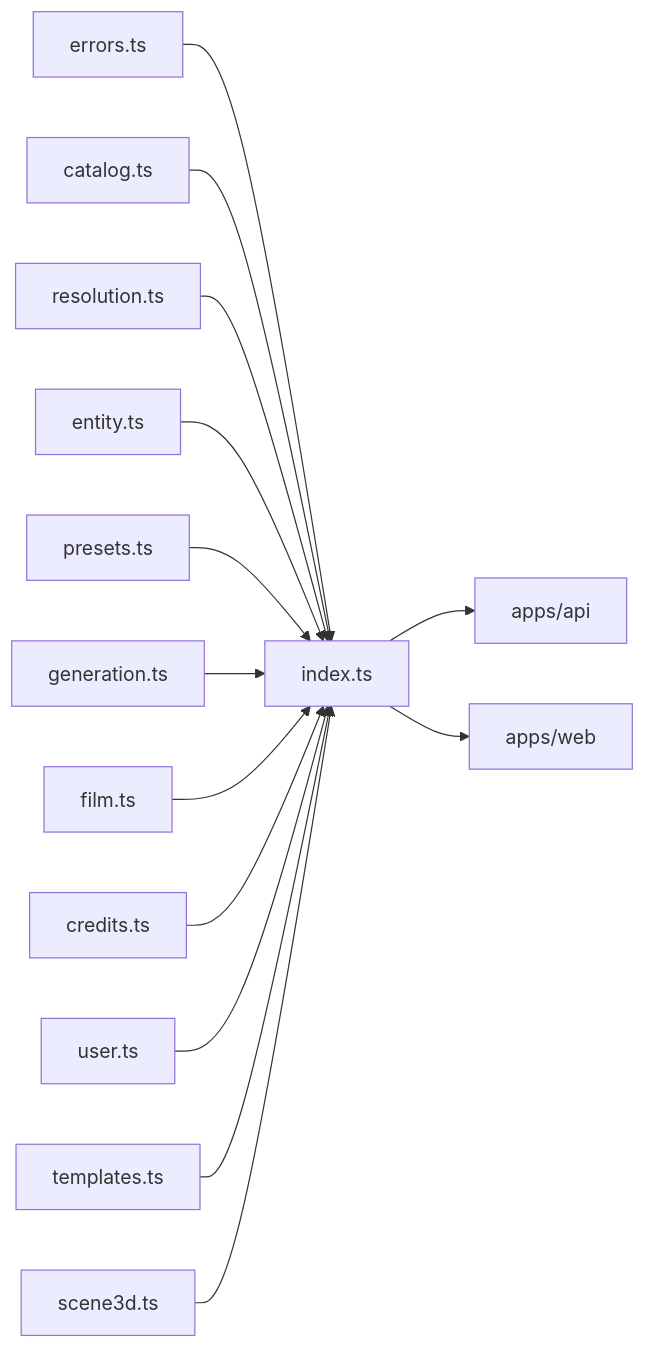
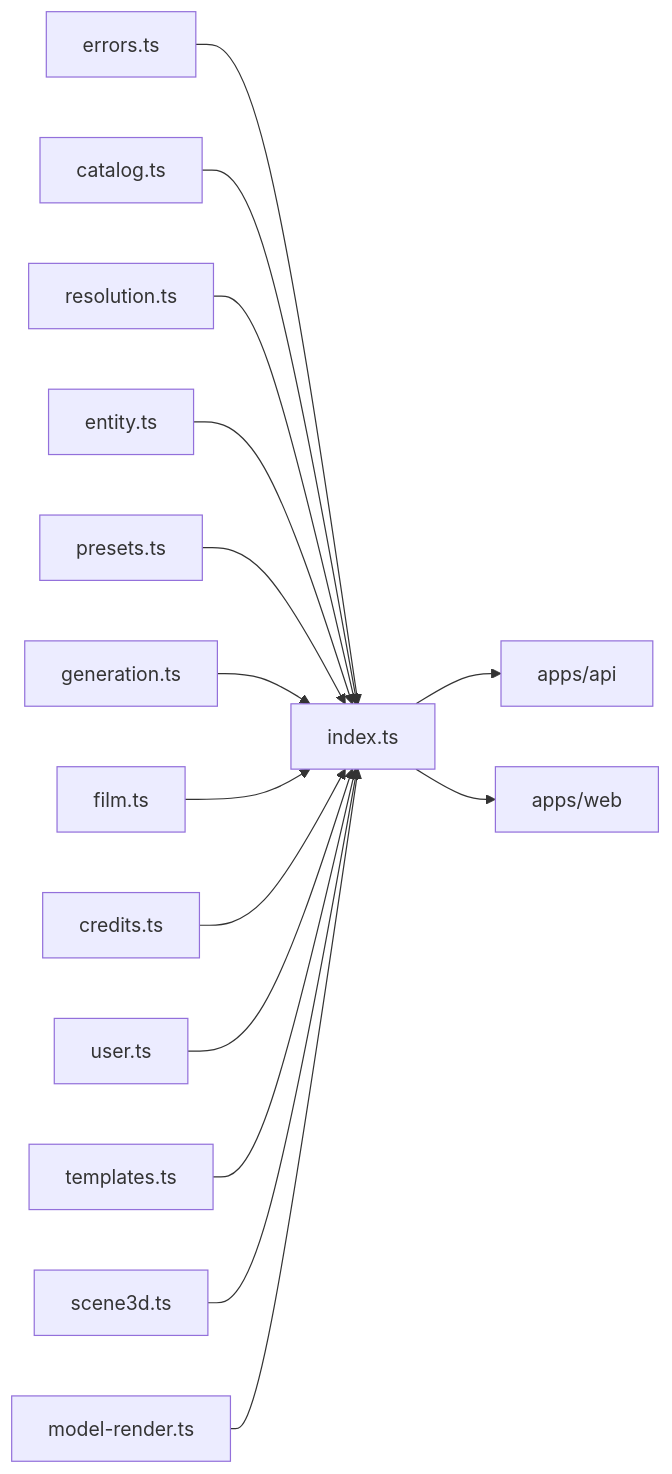
Before and after one commit to AzamatRaimbekov2/openCreate: the diagram in packages/contracts/src/index.ts.md, drawn with Mermaid. The commit also changed other lines of this file and 4 other files, not shown here.

Commit message:
feat(contracts): model render + share wire types

````diff
--- a/packages/contracts/src/index.ts.md
+++ b/packages/contracts/src/index.ts.md
@@ -19,16 +19,17 @@
 ```mermaid
 flowchart LR
   E[errors.ts] --> IDX[index.ts]
   C[catalog.ts] --> IDX
   R[resolution.ts] --> IDX
   EN[entity.ts] --> IDX
   P[presets.ts] --> IDX
   G[generation.ts] --> IDX
   F[film.ts] --> IDX
   CR[credits.ts] --> IDX
   U[user.ts] --> IDX
   T[templates.ts] --> IDX
   S3[scene3d.ts] --> IDX
+  MR[model-render.ts] --> IDX
   IDX --> API[apps/api]
   IDX --> WEB[apps/web]
 ```
````
